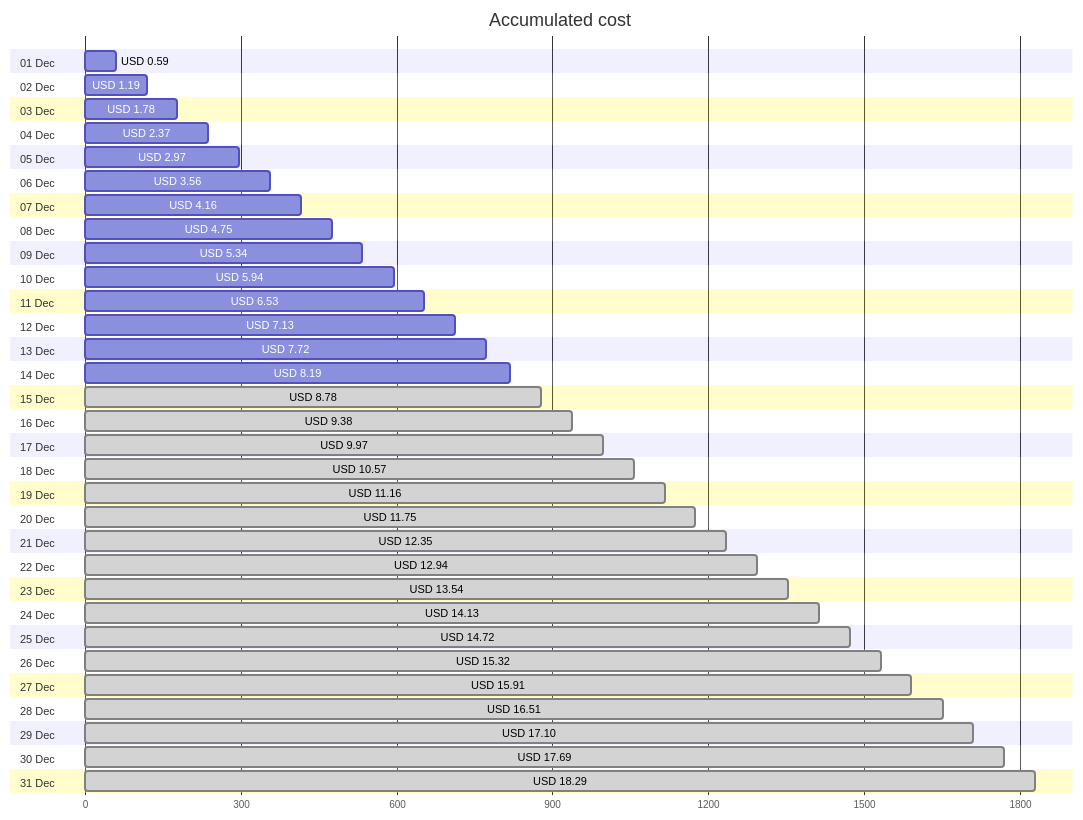
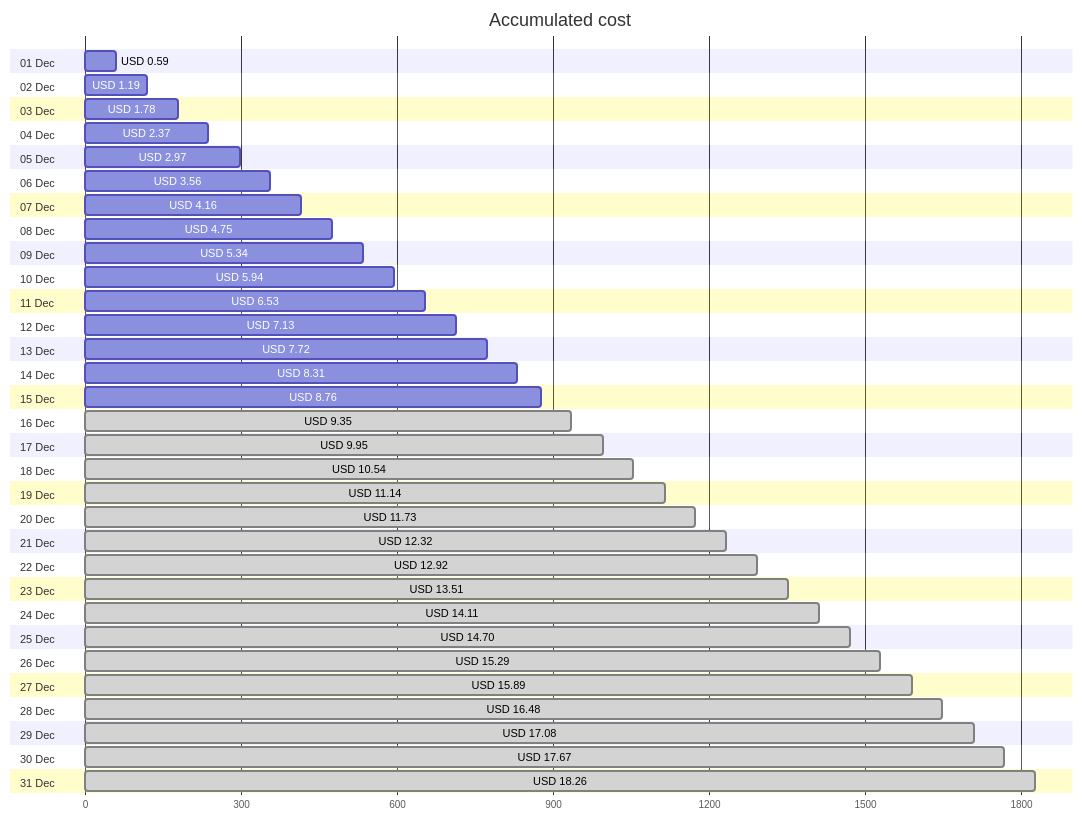
Before and after one commit to jpfulton/azure-personal-reports: the first of 4 diagrams in cost-reports/personal-site/README.md, drawn with Mermaid. The commit also changed other lines of this file and 6 other files, not shown here.

````diff
--- a/cost-reports/personal-site/README.md
+++ b/cost-reports/personal-site/README.md
@@ -20,68 +20,68 @@
 ```mermaid
 gantt
    title Accumulated cost
    dateFormat  X
    axisFormat %s
    section 01 Dec
    USD 0.59 :0, 59
    section 02 Dec
    USD 1.19 :0, 119
    section 03 Dec
    USD 1.78 :0, 178
    section 04 Dec
    USD 2.37 :0, 237
    section 05 Dec
    USD 2.97 :0, 297
    section 06 Dec
    USD 3.56 :0, 356
    section 07 Dec
    USD 4.16 :0, 416
    section 08 Dec
    USD 4.75 :0, 475
    section 09 Dec
    USD 5.34 :0, 534
    section 10 Dec
    USD 5.94 :0, 594
    section 11 Dec
    USD 6.53 :0, 653
    section 12 Dec
    USD 7.13 :0, 713
    section 13 Dec
    USD 7.72 :0, 772
    section 14 Dec
-   USD 8.19 :0, 819
+   USD 8.31 :0, 831
    section 15 Dec
-   USD 8.78 : done, 0, 878
+   USD 8.76 :0, 876
    section 16 Dec
-   USD 9.38 : done, 0, 938
+   USD 9.35 : done, 0, 935
    section 17 Dec
-   USD 9.97 : done, 0, 997
+   USD 9.95 : done, 0, 995
    section 18 Dec
-   USD 10.57 : done, 0, 1057
+   USD 10.54 : done, 0, 1054
    section 19 Dec
-   USD 11.16 : done, 0, 1116
+   USD 11.14 : done, 0, 1114
    section 20 Dec
-   USD 11.75 : done, 0, 1175
+   USD 11.73 : done, 0, 1173
    section 21 Dec
-   USD 12.35 : done, 0, 1235
+   USD 12.32 : done, 0, 1232
    section 22 Dec
-   USD 12.94 : done, 0, 1294
+   USD 12.92 : done, 0, 1292
    section 23 Dec
-   USD 13.54 : done, 0, 1354
+   USD 13.51 : done, 0, 1351
    section 24 Dec
-   USD 14.13 : done, 0, 1413
+   USD 14.11 : done, 0, 1411
    section 25 Dec
-   USD 14.72 : done, 0, 1472
+   USD 14.70 : done, 0, 1470
    section 26 Dec
-   USD 15.32 : done, 0, 1532
+   USD 15.29 : done, 0, 1529
    section 27 Dec
-   USD 15.91 : done, 0, 1591
+   USD 15.89 : done, 0, 1589
    section 28 Dec
-   USD 16.51 : done, 0, 1651
+   USD 16.48 : done, 0, 1648
    section 29 Dec
-   USD 17.10 : done, 0, 1710
+   USD 17.08 : done, 0, 1708
    section 30 Dec
-   USD 17.69 : done, 0, 1769
+   USD 17.67 : done, 0, 1767
    section 31 Dec
-   USD 18.29 : done, 0, 1829
+   USD 18.26 : done, 0, 1826
 ```
````
